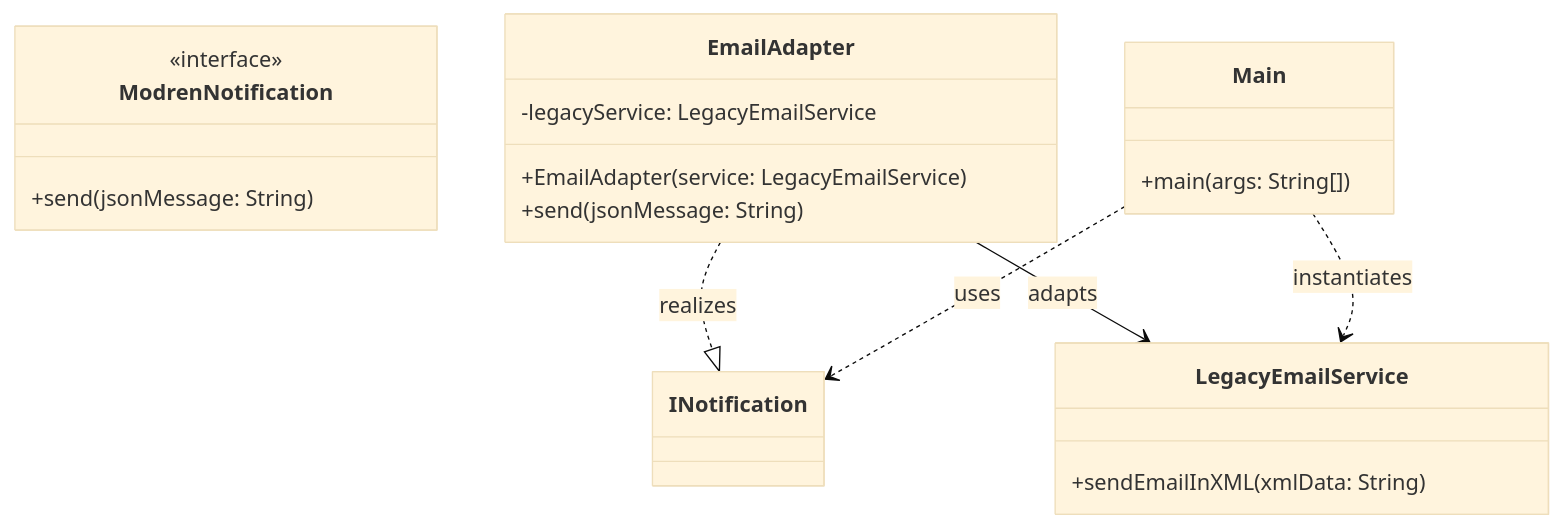
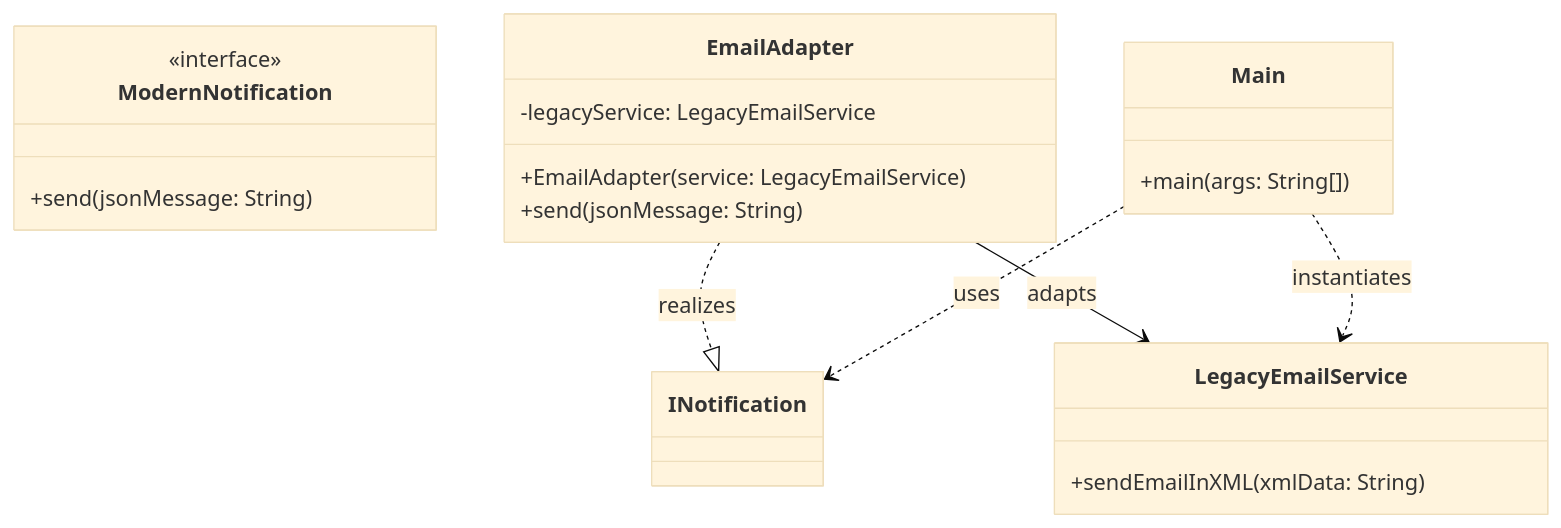
Before and after one commit to berkal749/B-docs: the diagram in desing-pattern/3)-categories/3-2)-Adapter.md, drawn with Mermaid (base theme). The commit also changed other lines of this file, not shown here.

````diff
--- a/desing-pattern/3)-categories/3-2)-Adapter.md
+++ b/desing-pattern/3)-categories/3-2)-Adapter.md
@@ -76,39 +77,36 @@
-  ```mermaid
-  classDiagram
+```mermaid
+classDiagram
     %% The Target (Modern Interface)
-    class ModrenNotification {
+    class ModernNotification {
         <<interface>>
         +send(jsonMessage: String)
     }
 
     %% The Adaptee (Legacy System)
     class LegacyEmailService {
         +sendEmailInXML(xmlData: String)
     }
 
     %% The Adapter
     class EmailAdapter {
         -legacyService: LegacyEmailService
         +EmailAdapter(service: LegacyEmailService)
         +send(jsonMessage: String)
     }
 
     %% Client / App
     class Main {
         +main(args: String[])
     }
 
     %% Relationships
     %% EmailAdapter IMPLEMENTS INotification
     EmailAdapter ..|> INotification : realizes
 
     %% EmailAdapter ASSOCIATES WITH (USES) LegacyEmailService
     EmailAdapter --> LegacyEmailService : adapts
 
     %% Main DEPENDS ON the Interface and creates the Adapter
     Main ..> INotification : uses
-    Main ..> LegacyEmailService : instantiates 
-  
-  
-  
-  ```
+    Main ..> LegacyEmailService : instantiates
+```
````
